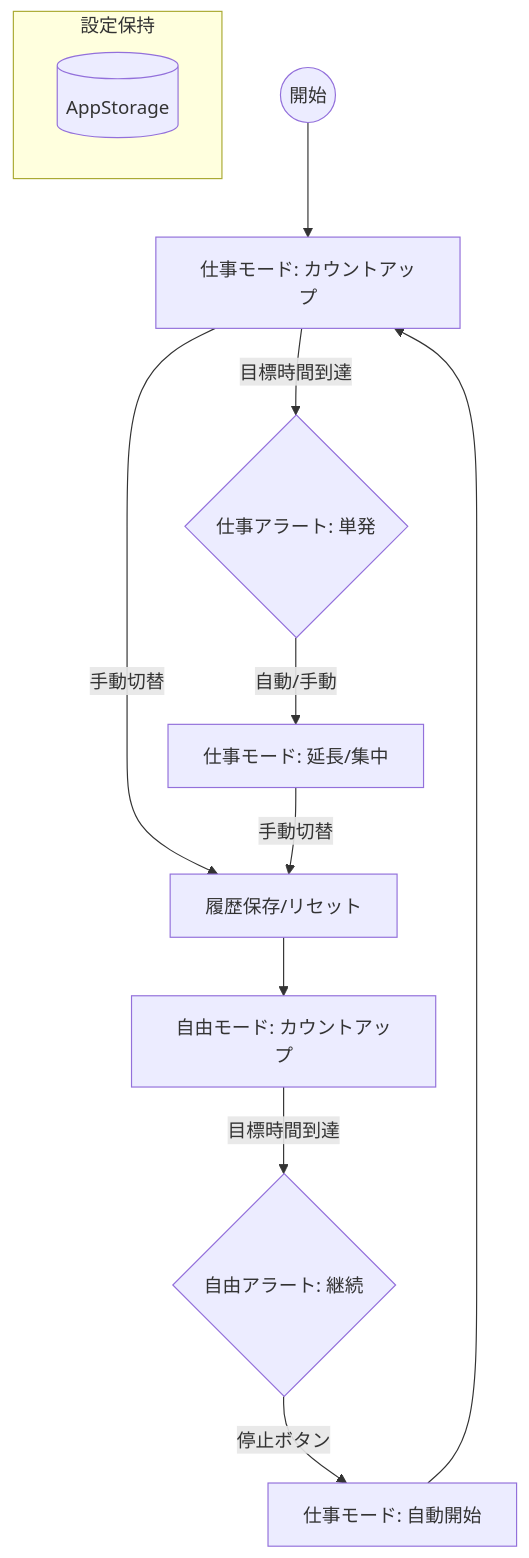
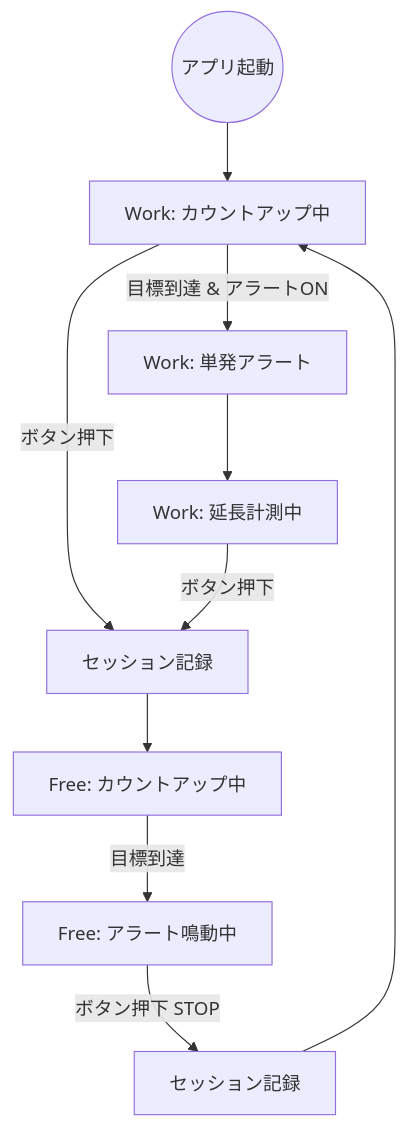
Before and after one commit to bramble-brux/fe_modoki: the diagram in TRANSITIONS.md, drawn with Mermaid. The commit also changed other lines of this file and 2 other files, not shown here.

````diff
--- a/TRANSITIONS.md
+++ b/TRANSITIONS.md
@@ -5,18 +5,15 @@
 ```mermaid
 graph TD
-    Start((開始)) --> Work[仕事モード: カウントアップ]
-    Work -->|目標時間到達| WorkAlert{仕事アラート: 単発}
-    WorkAlert -->|自動/手動| WorkExt[仕事モード: 延長/集中]
-    
-    Work -->|手動切替| Record[履歴保存/リセット]
-    WorkExt -->|手動切替| Record
-    Record --> Free[自由モード: カウントアップ]
-    
-    Free -->|目標時間到達| FreeAlert{自由アラート: 継続}
-    FreeAlert -->|停止ボタン| WorkAuto[仕事モード: 自動開始]
-    WorkAuto --> Work
-    
-    subgraph 設定保持
-        AppStorage[(AppStorage)]
-    end
+    Start((アプリ起動)) --> WorkRun[Work: カウントアップ中]
+
+    WorkRun -->|ボタン押下| Record1[セッション記録]
+    Record1 --> FreeRun[Free: カウントアップ中]
+
+    WorkRun -->|目標到達 & アラートON| WorkBeep[Work: 単発アラート]
+    WorkBeep --> WorkOver[Work: 延長計測中]
+    WorkOver -->|ボタン押下| Record1
+
+    FreeRun -->|目標到達| FreeAlert[Free: アラート鳴動中]
+    FreeAlert -->|ボタン押下 STOP| Record2[セッション記録]
+    Record2 --> WorkRun
 ```
````
